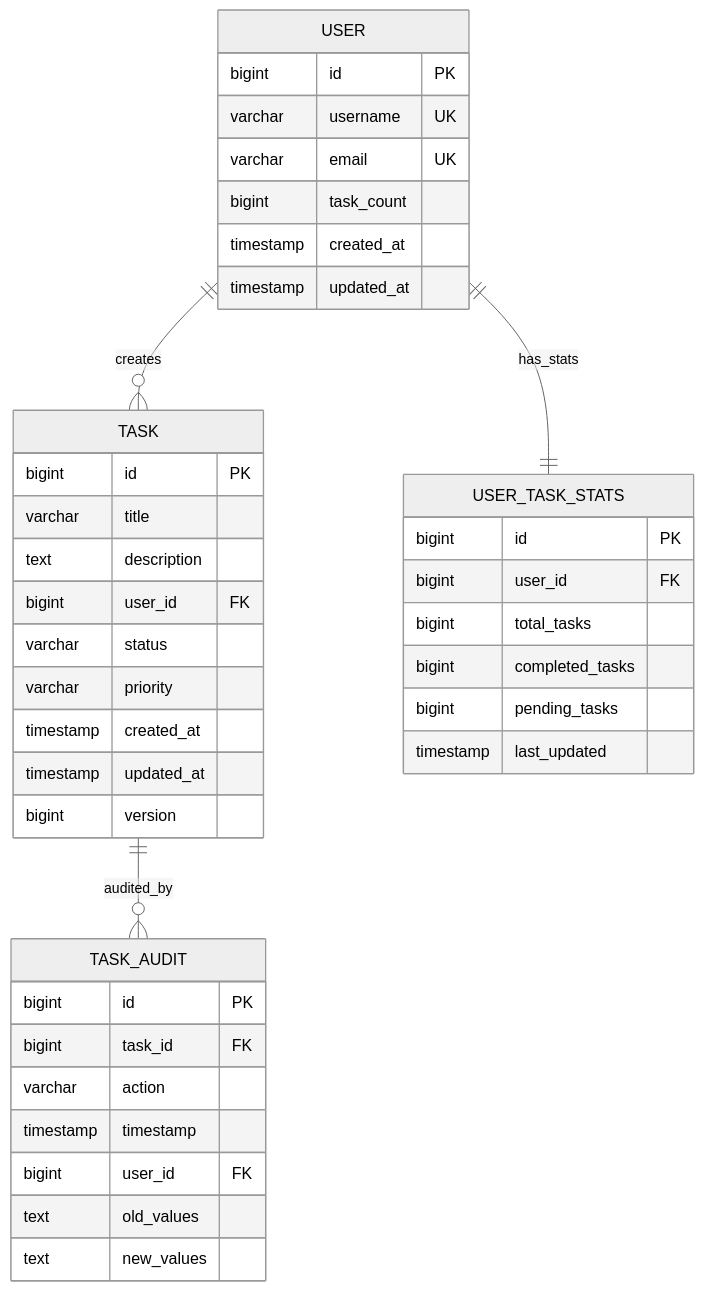
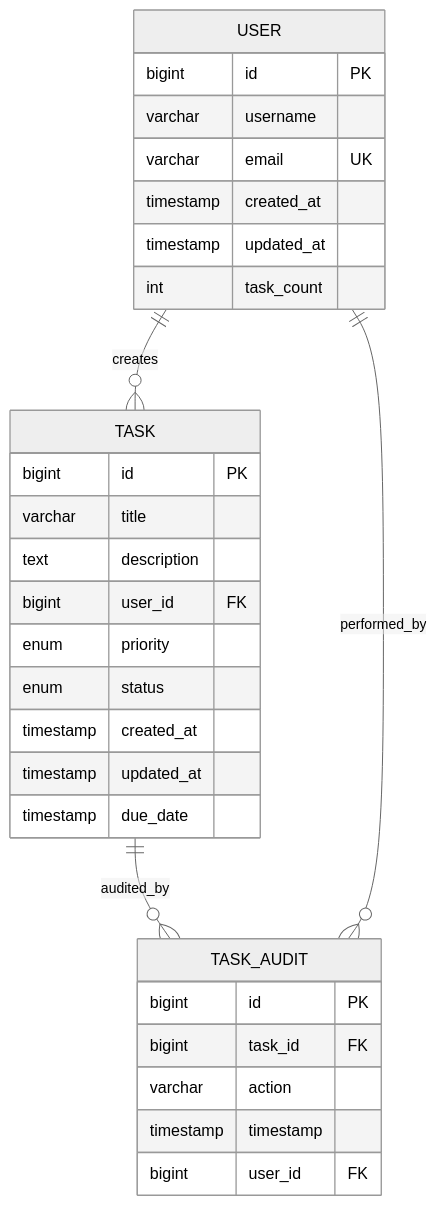
Before and after one commit to ThapaswiASC/SCIB-INCEPTION-PHASE-DEMO: the diagram in lld/lld_DEMO-757.md, drawn with Mermaid (neutral theme). The commit also changed other lines of this file, not shown here.

````diff
--- a/lld/lld_DEMO-757.md
+++ b/lld/lld_DEMO-757.md
@@ -464,46 +344,35 @@
 ```mermaid
 erDiagram
     USER {
         bigint id PK
-        varchar username UK
+        varchar username
         varchar email UK
-        bigint task_count
         timestamp created_at
         timestamp updated_at
+        int task_count
     }
     
     TASK {
         bigint id PK
         varchar title
         text description
         bigint user_id FK
-        varchar status
-        varchar priority
+        enum priority
+        enum status
         timestamp created_at
         timestamp updated_at
-        bigint version
+        timestamp due_date
     }
     
     TASK_AUDIT {
         bigint id PK
         bigint task_id FK
         varchar action
         timestamp timestamp
         bigint user_id FK
-        text old_values
-        text new_values
-    }
-    
-    USER_TASK_STATS {
-        bigint id PK
-        bigint user_id FK
-        bigint total_tasks
-        bigint completed_tasks
-        bigint pending_tasks
-        timestamp last_updated
     }
     
     USER ||--o{ TASK : creates
     TASK ||--o{ TASK_AUDIT : audited_by
-    USER ||--|| USER_TASK_STATS : has_stats
+    USER ||--o{ TASK_AUDIT : performed_by
 ```
````
